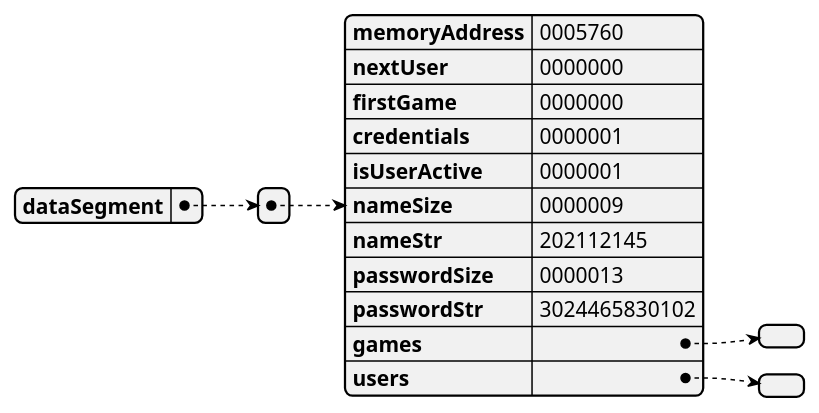
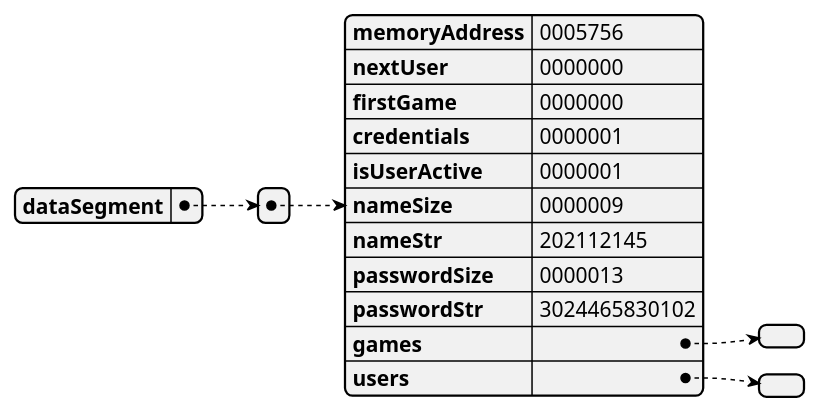
The diagram in docs/uml/README.md (danielcuque/ACE1-PROYECTO2), drawn with PlantUML before and after one commit. The commit also changed 4 other files, not shown here.

`````diff
--- a/docs/uml/README.md
+++ b/docs/uml/README.md
@@ -1,15 +1,16 @@
 ````plantuml
 @startjson memoryGraph
 {"dataSegment":
-[{"memoryAddress":"0005760",
+[{"memoryAddress":"0005756",
 "nextUser":"0000000",
 "firstGame":"0000000",
 "credentials":"0000001",
 "isUserActive":"0000001",
 "nameSize":"0000009",
 "nameStr":"202112145",
 "passwordSize":"0000013",
 "passwordStr":"3024465830102",
-"games":[],"users":[]}]}
+"games":[],
+"users":[]}]}
 @endjson
 ````
`````
